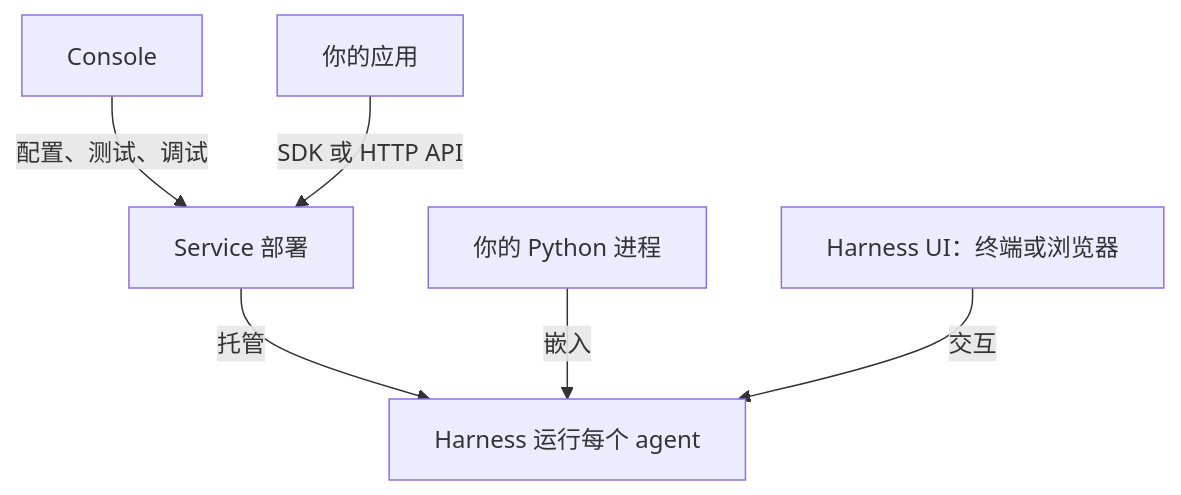
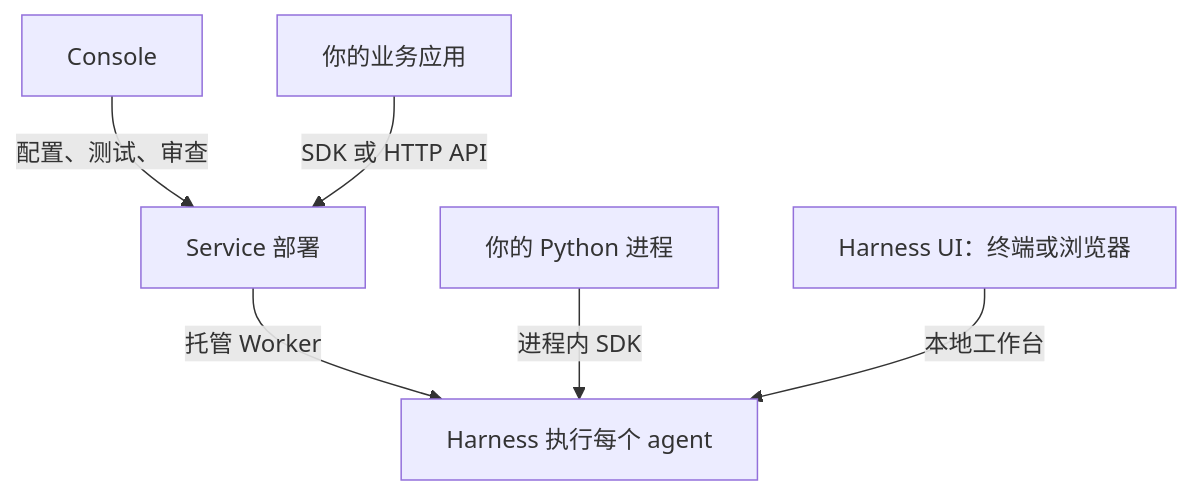
One commit to converge-ai-labs/agent-foundation changed the diagram in docs/overview/choose-your-path.zh-CN.md. Above: the diagram before and after it, drawn with Mermaid. The commit also changed other lines of this file and 258 other files, not shown here.

````diff
--- a/docs/overview/choose-your-path.zh-CN.md
+++ b/docs/overview/choose-your-path.zh-CN.md
@@ -23,13 +23,13 @@
 ```mermaid
 flowchart TB
-    Console["Console"] -->|"配置、测试、调试"| Service["Service 部署"]
-    Client["你的应用"] -->|"SDK 或 HTTP API"| Service
+    Console["Console"] -->|"配置、测试、审查"| Service["Service 部署"]
+    Client["你的业务应用"] -->|"SDK 或 HTTP API"| Service
     Process["你的 Python 进程"]
     Workbench["Harness UI：终端或浏览器"]
-    Service -->|"托管"| Harness["Harness 运行每个 agent"]
-    Process -->|"嵌入"| Harness
-    Workbench -->|"交互"| Harness
+    Service -->|"托管 Worker"| Harness["Harness 执行每个 agent"]
+    Process -->|"进程内 SDK"| Harness
+    Workbench -->|"本地工作台"| Harness
 
     class Console,Client,Process,Workbench app
     class Service,Harness a13n
 ```
````
